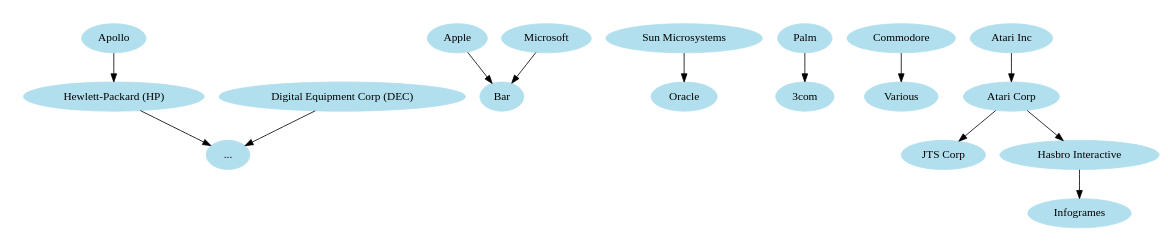
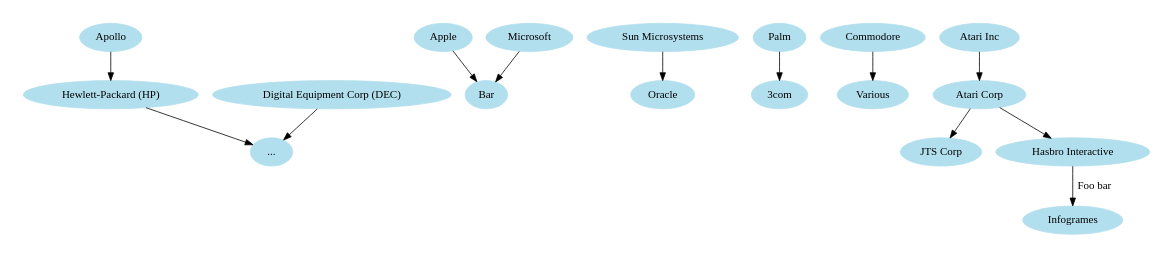
The diagram in tech-companies.dot (codejake/tech-companies-family-tree), drawn with Graphviz before and after one commit. The commit also changed 1 other file, not shown here.

```diff
--- a/tech-companies.dot
+++ b/tech-companies.dot
@@ -1,17 +1,17 @@
 digraph techcompanies {
     size="6,6";
     node [color=lightblue2, style=filled];
     "Apollo" -> "Hewlett-Packard (HP)"; /* Founded 1980, Acquired 1989 */
     "Digital Equipment Corp (DEC)" -> "...";
     "Hewlett-Packard (HP)" -> "...";
     "Apple" -> "Bar";
     "Microsoft" -> "Bar";
     "Sun Microsystems" -> "Oracle";
     "Palm" -> "3com";
     "Commodore" -> "Various";
     "Atari Inc" -> "Atari Corp";
     "Atari Corp" -> "JTS Corp";
     "Atari Corp" -> "Hasbro Interactive";
-    "Hasbro Interactive" -> "Infogrames" [comment="Foo bar"];
+    "Hasbro Interactive" -> "Infogrames" [label="Foo bar"];
 
 }
```
